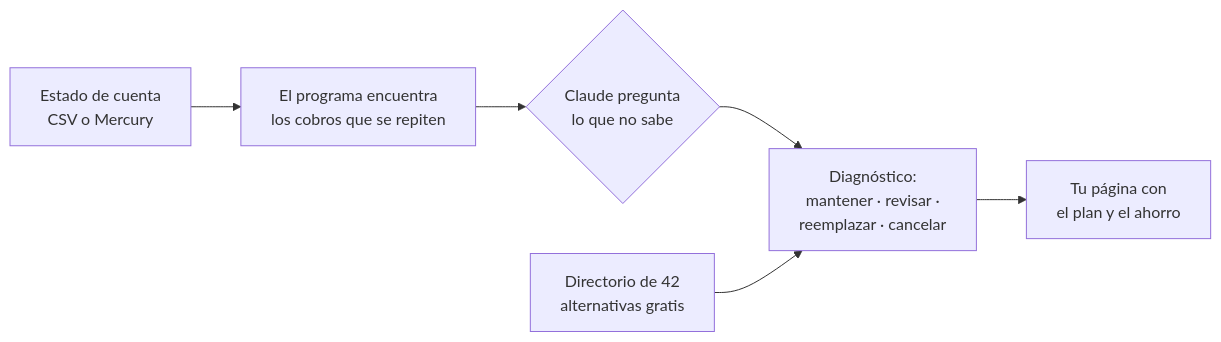
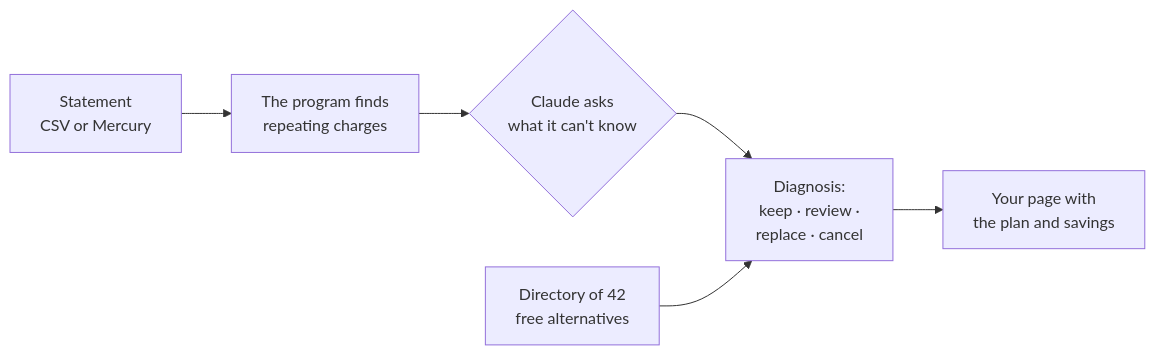
One commit to valalfuzzi/menos-suscripciones changed the diagram in README.md. Above: the diagram before and after it, drawn with Mermaid. The commit also changed other lines of this file and 13 other files, not shown here.

````diff
--- a/README.md
+++ b/README.md
@@ -43,8 +45,8 @@
 ```mermaid
 flowchart LR
-    A[Estado de cuenta<br>CSV o Mercury] --> B[El programa encuentra<br>los cobros que se repiten]
-    B --> C{Claude pregunta<br>lo que no sabe}
-    C --> D[Diagnóstico:<br>mantener · revisar ·<br>reemplazar · cancelar]
-    E[Directorio de 42<br>alternativas gratis] --> D
-    D --> F[Tu página con<br>el plan y el ahorro]
+    A[Statement<br>CSV or Mercury] --> B[The program finds<br>repeating charges]
+    B --> C{Claude asks<br>what it can't know}
+    C --> D[Diagnosis:<br>keep · review ·<br>replace · cancel]
+    E[Directory of 42<br>free alternatives] --> D
+    D --> F[Your page with<br>the plan and savings]
 ```
````
